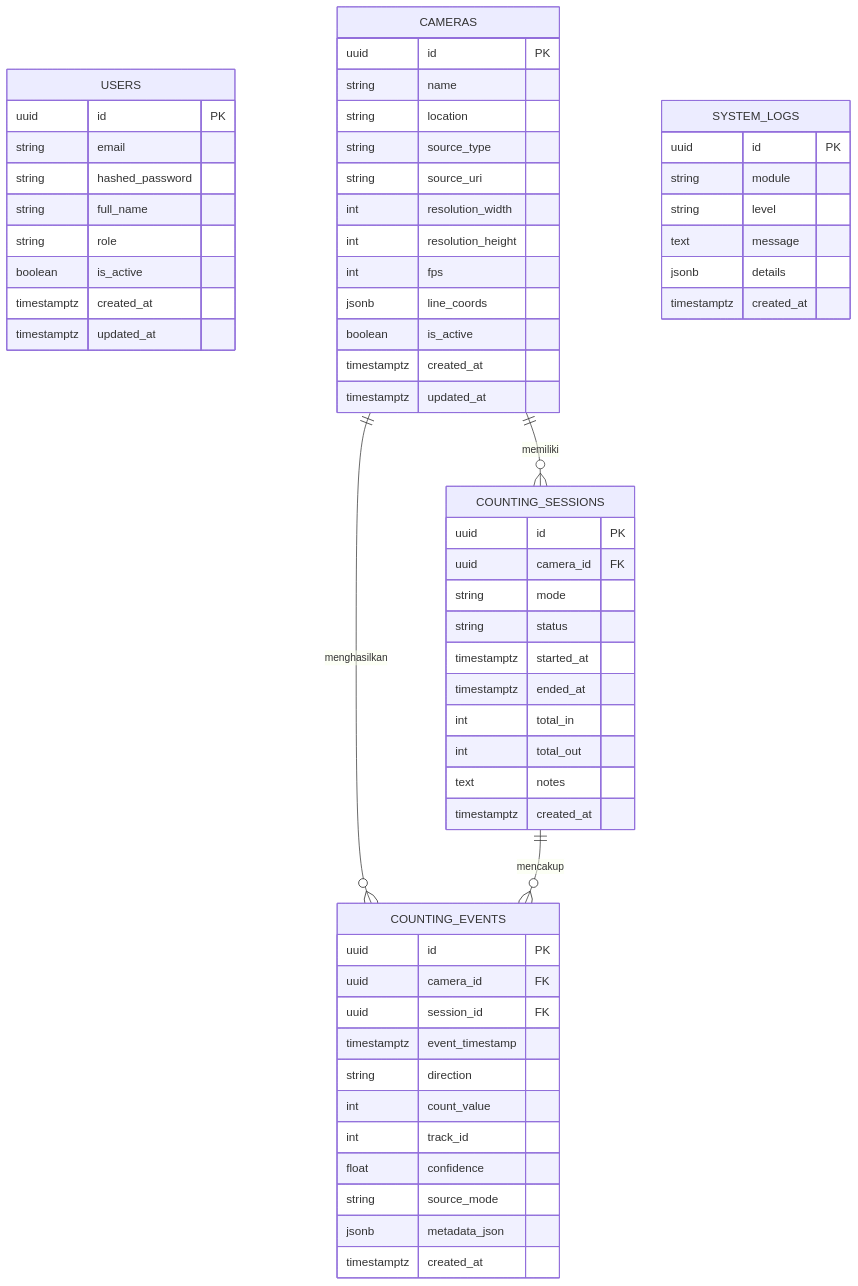
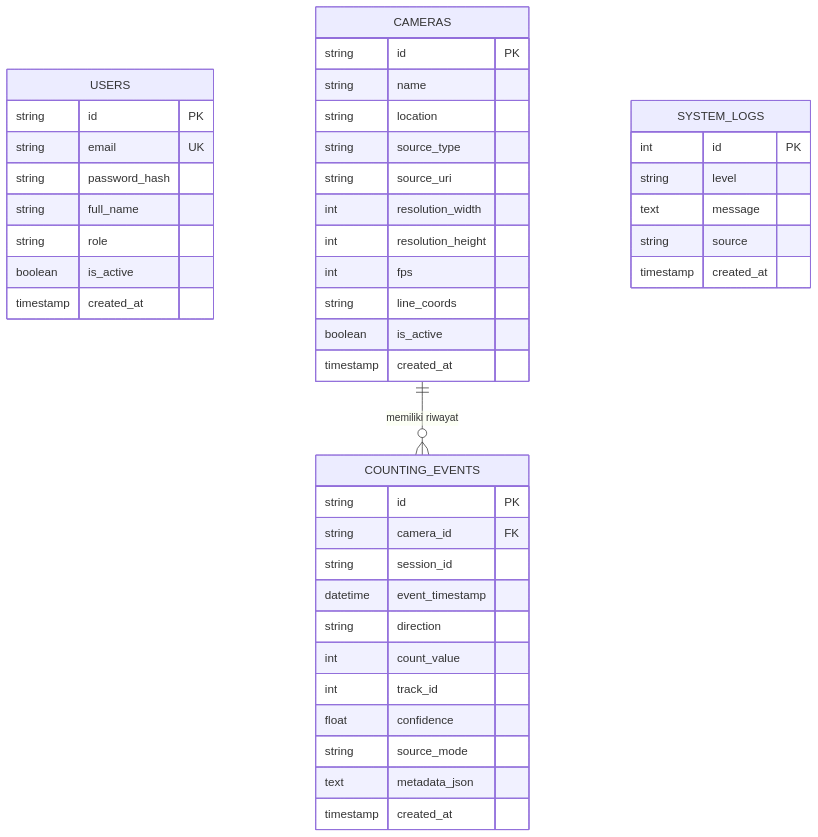
One commit to hafizandrean/analisa-pengunjung changed the diagram in docs/DATABASE_DESIGN.md. Above: the diagram before and after it, drawn with Mermaid. The commit also changed other lines of this file and 121 other files, not shown here.

````diff
--- a/docs/DATABASE_DESIGN.md
+++ b/docs/DATABASE_DESIGN.md
@@ -9,68 +9,50 @@
 ```mermaid
 erDiagram
     USERS {
-        uuid id PK
-        string email
-        string hashed_password
+        string id PK
+        string email UK
+        string password_hash
         string full_name
         string role
         boolean is_active
-        timestamptz created_at
-        timestamptz updated_at
+        timestamp created_at
     }
 
     CAMERAS {
-        uuid id PK
+        string id PK
         string name
         string location
         string source_type
         string source_uri
         int resolution_width
         int resolution_height
         int fps
-        jsonb line_coords
+        string line_coords
         boolean is_active
-        timestamptz created_at
-        timestamptz updated_at
-    }
-
-    COUNTING_SESSIONS {
-        uuid id PK
-        uuid camera_id FK
-        string mode
-        string status
-        timestamptz started_at
-        timestamptz ended_at
-        int total_in
-        int total_out
-        text notes
-        timestamptz created_at
+        timestamp created_at
     }
 
     COUNTING_EVENTS {
-        uuid id PK
-        uuid camera_id FK
-        uuid session_id FK
-        timestamptz event_timestamp
+        string id PK
+        string camera_id FK
+        string session_id
+        datetime event_timestamp
         string direction
         int count_value
         int track_id
         float confidence
         string source_mode
-        jsonb metadata_json
-        timestamptz created_at
+        text metadata_json
+        timestamp created_at
     }
 
     SYSTEM_LOGS {
-        uuid id PK
-        string module
+        int id PK
         string level
         text message
-        jsonb details
-        timestamptz created_at
+        string source
+        timestamp created_at
     }
 
-    CAMERAS ||--o{ COUNTING_SESSIONS : "memiliki"
-    CAMERAS ||--o{ COUNTING_EVENTS : "menghasilkan"
-    COUNTING_SESSIONS ||--o{ COUNTING_EVENTS : "mencakup"
+    CAMERAS ||--o{ COUNTING_EVENTS : "memiliki riwayat"
 ```
````
